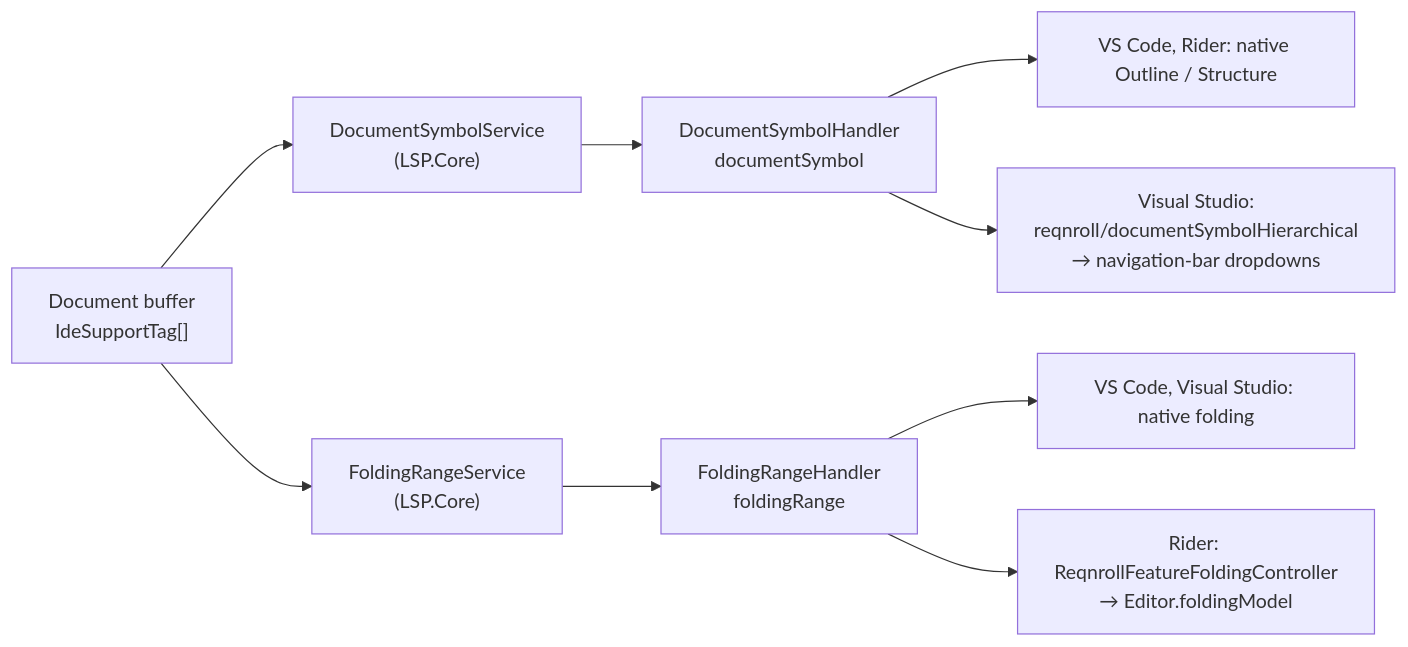
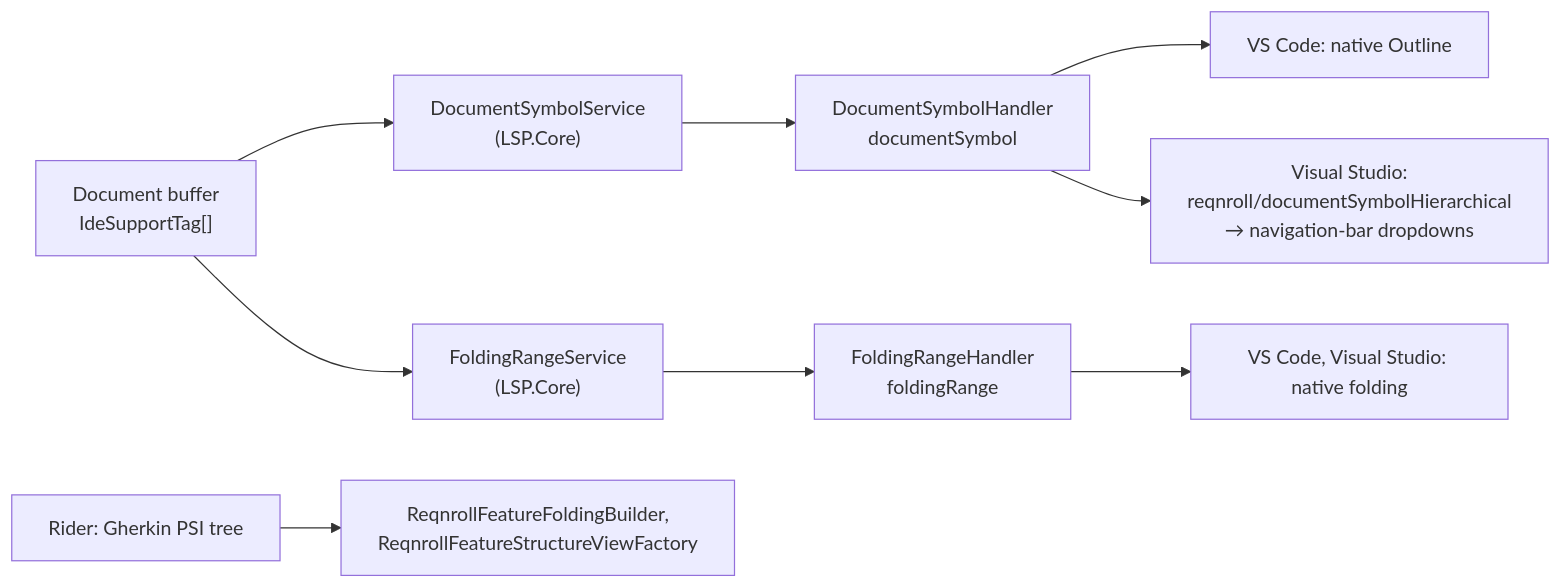
One commit to reqnroll/Reqnroll.IdeSupport changed the first of 2 diagrams in docs/features/outline-and-folding.md. Above: the diagram before and after it, drawn with Mermaid. The commit also changed other lines of this file and 13 other files, not shown here.

First line of the commit message:
Fold and outline .feature files from the Gherkin tree

````diff
--- a/docs/features/outline-and-folding.md
+++ b/docs/features/outline-and-folding.md
@@ -17,11 +17,11 @@
 ```mermaid
 flowchart LR
     TAG["Document buffer<br/>IdeSupportTag[]"] --> DSS["DocumentSymbolService<br/>(LSP.Core)"]
     TAG --> FRS["FoldingRangeService<br/>(LSP.Core)"]
     DSS --> DSH["DocumentSymbolHandler<br/>documentSymbol"]
     FRS --> FRH["FoldingRangeHandler<br/>foldingRange"]
-    DSH --> VSC["VS Code, Rider: native Outline / Structure"]
+    DSH --> VSC["VS Code: native Outline"]
     DSH --> VSN["Visual Studio:<br/>reqnroll/documentSymbolHierarchical<br/>→ navigation-bar dropdowns"]
     FRH --> VSF["VS Code, Visual Studio: native folding"]
-    FRH --> RDF["Rider: ReqnrollFeatureFoldingController<br/>→ Editor.foldingModel"]
+    TREE["Rider: Gherkin PSI tree"] --> RDF["ReqnrollFeatureFoldingBuilder,<br/>ReqnrollFeatureStructureViewFactory"]
 ```
````
